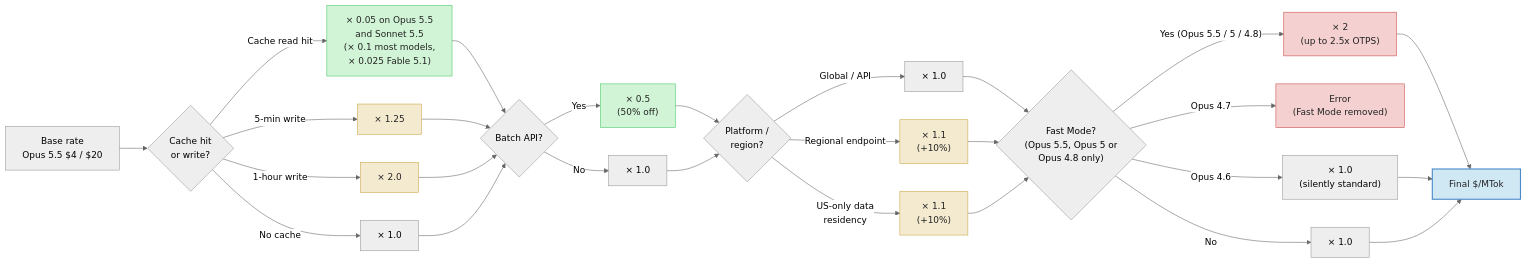
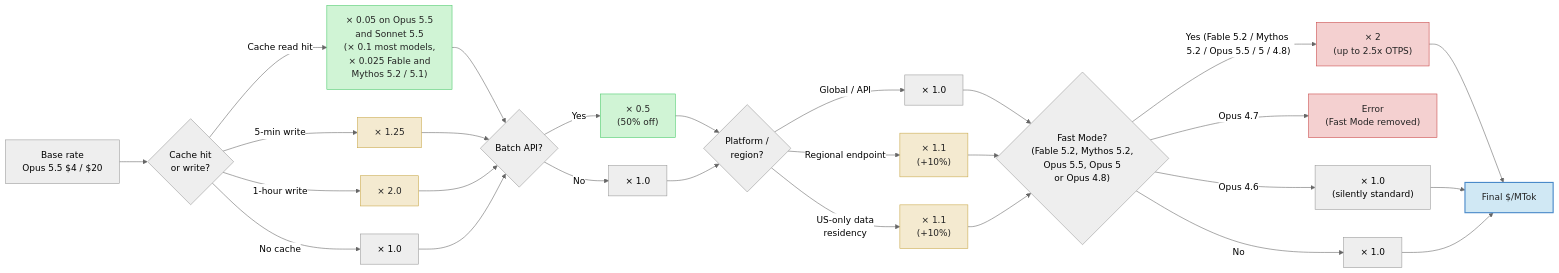
One commit to Sagargupta16/claude-cost-optimizer changed the fifth of 5 diagrams in guides/diagrams.md. Above: the diagram before and after it, drawn with Mermaid (neutral theme). The commit also changed other lines of this file and 56 other files, not shown here.

First line of the commit message:
feat: add fable 5.2 and mythos 5.2, drop haiku 3.5 rows (v1.20.0) (#76)

````diff
--- a/guides/diagrams.md
+++ b/guides/diagrams.md
@@ -240,47 +246,47 @@
 ```mermaid
 flowchart LR
     base["Base rate<br/>Opus 5.5 $4 / $20"] --> cache{"Cache hit<br/>or write?"}
 
-    cache -- "Cache read hit" --> cacheRead["× 0.05 on Opus 5.5<br/>and Sonnet 5.5<br/>(× 0.1 most models,<br/>× 0.025 Fable 5.1)"]
+    cache -- "Cache read hit" --> cacheRead["× 0.05 on Opus 5.5<br/>and Sonnet 5.5<br/>(× 0.1 most models,<br/>× 0.025 Fable and<br/>Mythos 5.2 / 5.1)"]
     cache -- "5-min write" --> write5m["× 1.25"]
     cache -- "1-hour write" --> write1h["× 2.0"]
     cache -- "No cache" --> normal["× 1.0"]
 
     cacheRead --> batch{"Batch API?"}
     write5m --> batch
     write1h --> batch
     normal --> batch
 
     batch -- "Yes" --> batchYes["× 0.5<br/>(50% off)"]
     batch -- "No" --> batchNo["× 1.0"]
 
     batchYes --> region{"Platform /<br/>region?"}
     batchNo --> region
 
     region -- "Global / API" --> regGlobal["× 1.0"]
     region -- "Regional endpoint" --> regRegional["× 1.1<br/>(+10%)"]
     region -- "US-only data<br/>residency" --> regData["× 1.1<br/>(+10%)"]
 
-    regGlobal --> fast{"Fast Mode?<br/>(Opus 5.5, Opus 5 or<br/>Opus 4.8 only)"}
+    regGlobal --> fast{"Fast Mode?<br/>(Fable 5.2, Mythos 5.2,<br/>Opus 5.5, Opus 5<br/>or Opus 4.8)"}
     regRegional --> fast
     regData --> fast
 
-    fast -- "Yes (Opus 5.5 / 5 / 4.8)" --> fastYes["× 2<br/>(up to 2.5x OTPS)"]
+    fast -- "Yes (Fable 5.2 / Mythos 5.2 / Opus 5.5 / 5 / 4.8)" --> fastYes["× 2<br/>(up to 2.5x OTPS)"]
     fast -- "Opus 4.7" --> fastErr["Error<br/>(Fast Mode removed)"]
     fast -- "Opus 4.6" --> fastSilent["× 1.0<br/>(silently standard)"]
     fast -- "No" --> fastNo["× 1.0"]
 
     fastYes --> final["Final $/MTok"]
     fastSilent --> final
     fastNo --> final
 
     classDef discount fill:#d0f4d5,stroke:#4ac96a,color:#222
     classDef premium fill:#f4ead0,stroke:#c9a84a,color:#222
     classDef expensive fill:#f4d0d0,stroke:#c94a4a,color:#222
     classDef result fill:#d0e8f4,stroke:#4a8ac9,stroke-width:2px,color:#222
 
     class cacheRead,batchYes discount
     class write5m,write1h,regRegional,regData premium
     class fastYes,fastErr expensive
     class final result
 ```
````
